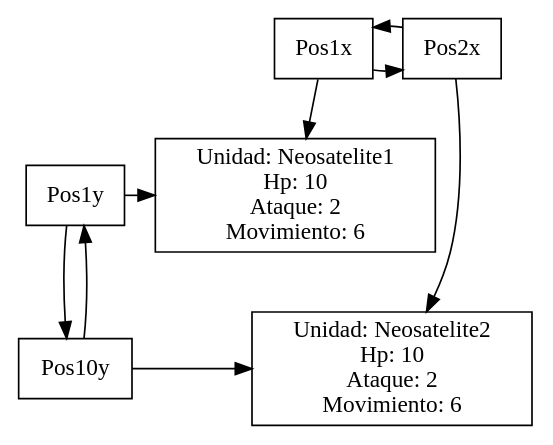
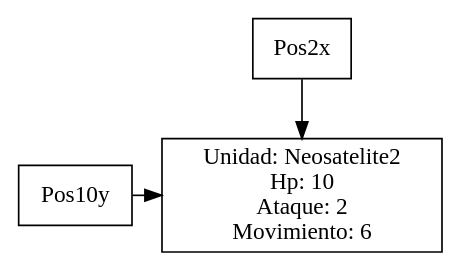
Before and after one commit to Albercharlei/EDD_200815533: the diagram in Proyecto/ProyectServer/ProyectServer/grafos/nivel4.dot, drawn with Graphviz. The commit also changed 45 other files, not shown here.

```diff
--- a/Proyecto/ProyectServer/ProyectServer/grafos/nivel4.dot
+++ b/Proyecto/ProyectServer/ProyectServer/grafos/nivel4.dot
@@ -1,21 +1,10 @@
 Digraph nivel4{
 Rankdir=TD
-node [shape =rectangle]{rank=min;Pos1x [label="Pos1x"];
-Pos2x [label="Pos2x"]};
-Pos1x -> Pos2x;
-Pos2x -> Pos1x;
-{rank=same;Pos1y [label="Pos1y"];UnitNeosatelite111 [label="Unidad: Neosatelite1
-Hp: 10
-Ataque: 2
-Movimiento: 6"]};
+node [shape =rectangle]{rank=min;Pos2x [label="Pos2x"]};
 {rank=same;Pos10y [label="Pos10y"];UnitNeosatelite2210 [label="Unidad: Neosatelite2
 Hp: 10
 Ataque: 2
 Movimiento: 6"]};
-Pos1x -> UnitNeosatelite111;
 Pos2x -> UnitNeosatelite2210;
-Pos1y -> Pos10y;
-Pos10y -> Pos1y;
-Pos1y -> UnitNeosatelite111;
 Pos10y -> UnitNeosatelite2210;
 }
```
